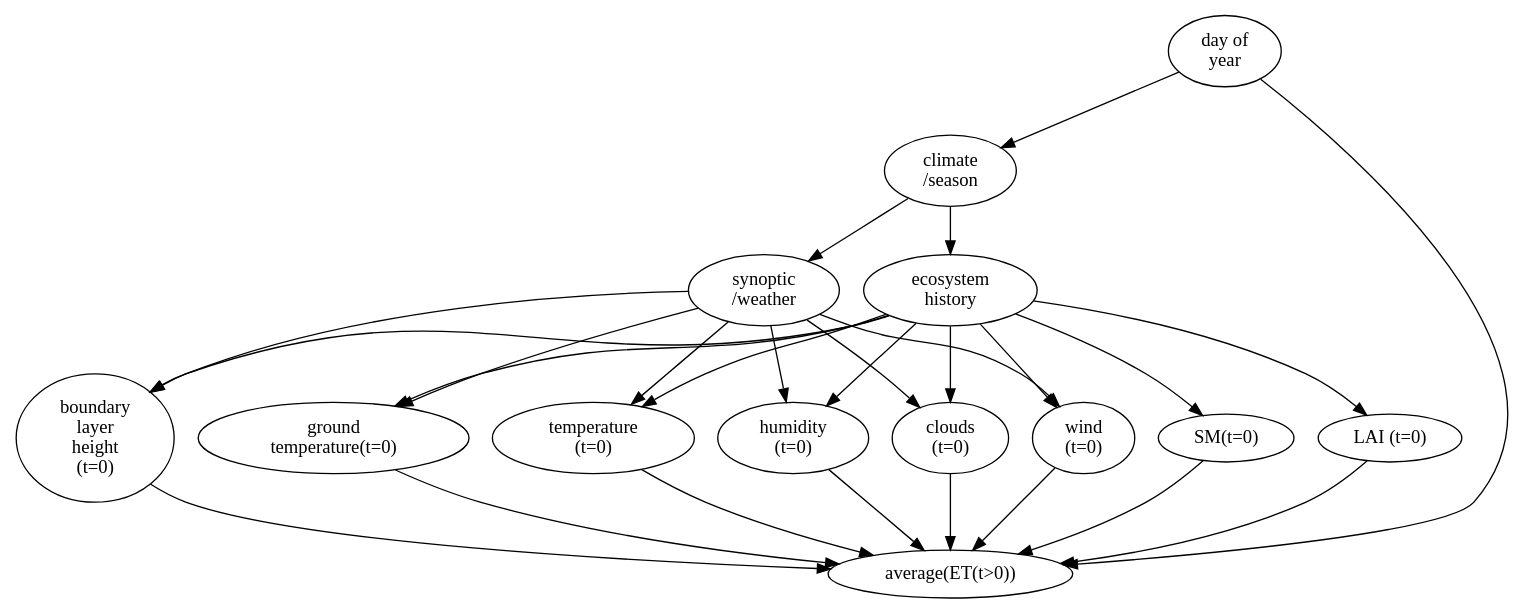
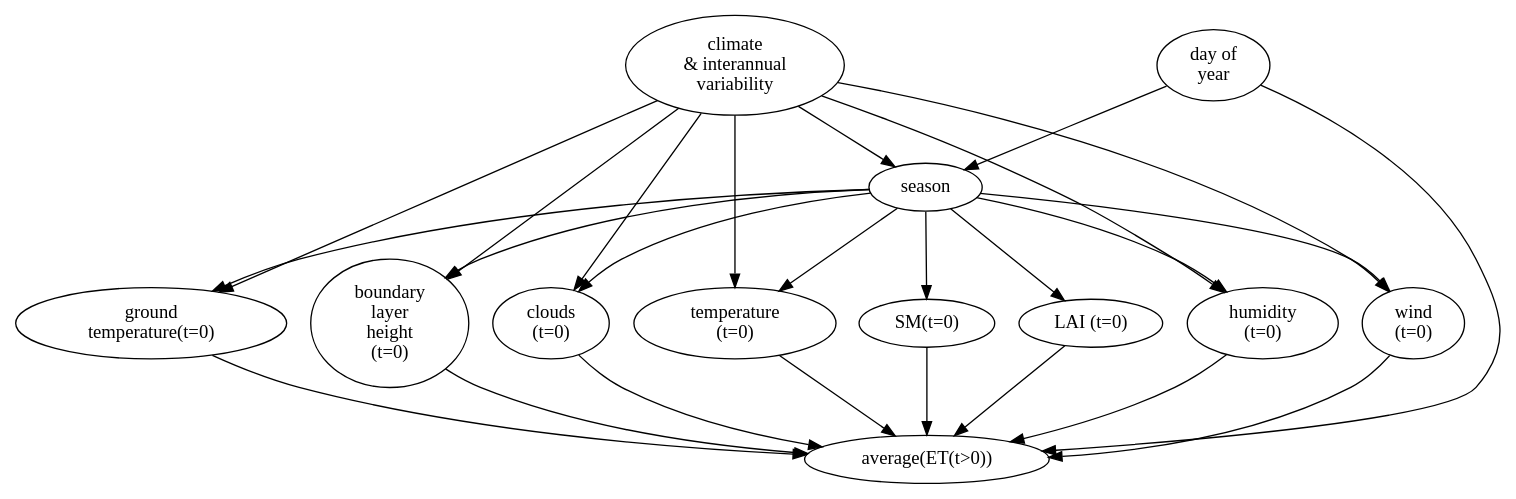
Before and after one commit to massma/land-atmosphere: the diagram in figs/graph.dot, drawn with Graphviz. The commit also changed 1 other file, not shown here.

Commit message:
graph finalized for now

```diff
--- a/figs/graph.dot
+++ b/figs/graph.dot
@@ -1,51 +1,49 @@
 digraph G {
 
-        climate[label="climate\n/season"];
-        synoptic[label="synoptic\n/weather"];
-        ecosystemHistory[label="ecosystem\nhistory"];
+        climate[label="climate\n& interannual\nvariability"];
+        season[label="season"];
         LAI[label="LAI (t=0)"];
         sm[label="SM(t=0)"];
 	et[label="average(ET(t>0))"];
         groundTemperature[label="ground\ntemperature(t=0)"];
         temperature[label="temperature\n(t=0)"];
         humidity[label="humidity\n(t=0)"];
         cloud[label="clouds\n(t=0)"];
         wind[label="wind\n(t=0)"];
         blheight[label="boundary\nlayer\nheight\n(t=0)"];
 
         doy[label="day of\nyear"];
 
-        doy -> climate;
-        climate -> ecosystemHistory;
-        climate -> synoptic;
-        synoptic -> temperature;
-        synoptic -> humidity;
-        synoptic -> cloud;
-        synoptic -> wind;
-        synoptic -> blheight;
+        doy -> season;
+        climate -> season;
+        climate -> temperature;
+        climate -> humidity;
+        climate -> cloud;
+        climate -> wind;
+        climate -> blheight;
 
-        synoptic -> groundTemperature;
+        climate -> groundTemperature;
 
-        ecosystemHistory -> temperature;
-        ecosystemHistory -> humidity;
-        ecosystemHistory -> cloud;
-        ecosystemHistory -> wind;
-        ecosystemHistory -> blheight;
-        ecosystemHistory -> groundTemperature;
+        season -> temperature;
+        season -> humidity;
+        season -> cloud;
+        season -> wind;
+        season -> blheight;
+        season -> groundTemperature;
 
-        ecosystemHistory -> LAI;
-        ecosystemHistory -> sm;
+        season -> LAI;
+        season -> sm;
 
         doy -> et;
         temperature -> et;
         humidity -> et;
         cloud -> et;
         wind -> et;
         blheight -> et;
 
         groundTemperature -> et;
 
 
         LAI -> et;
         sm -> et;
 }
```
